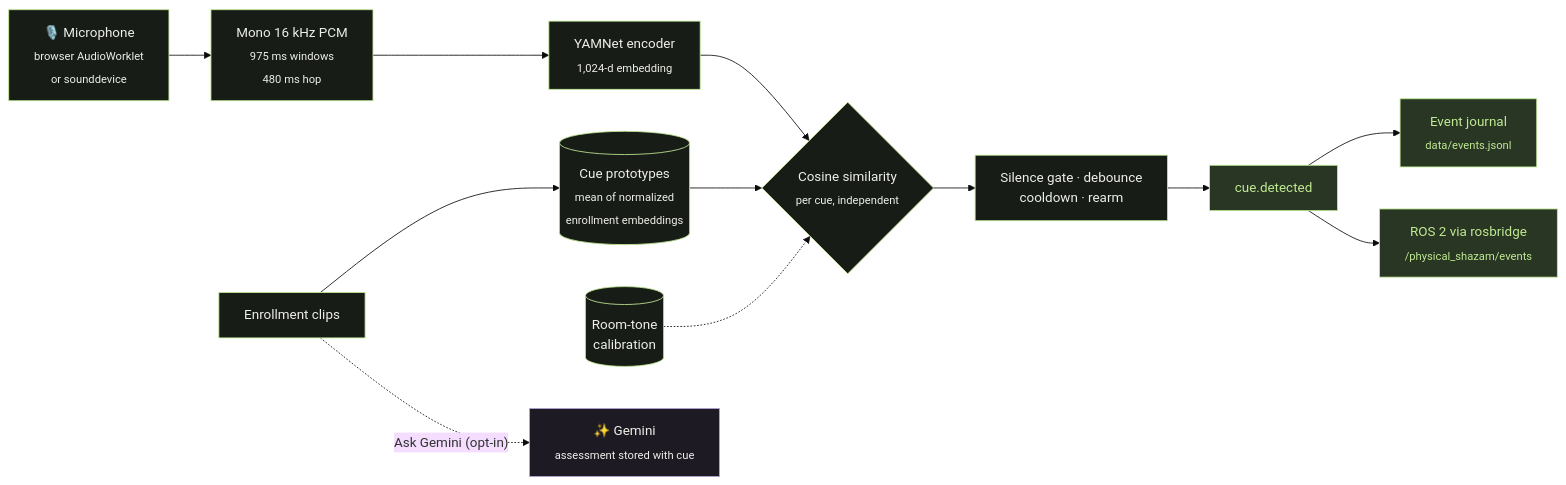
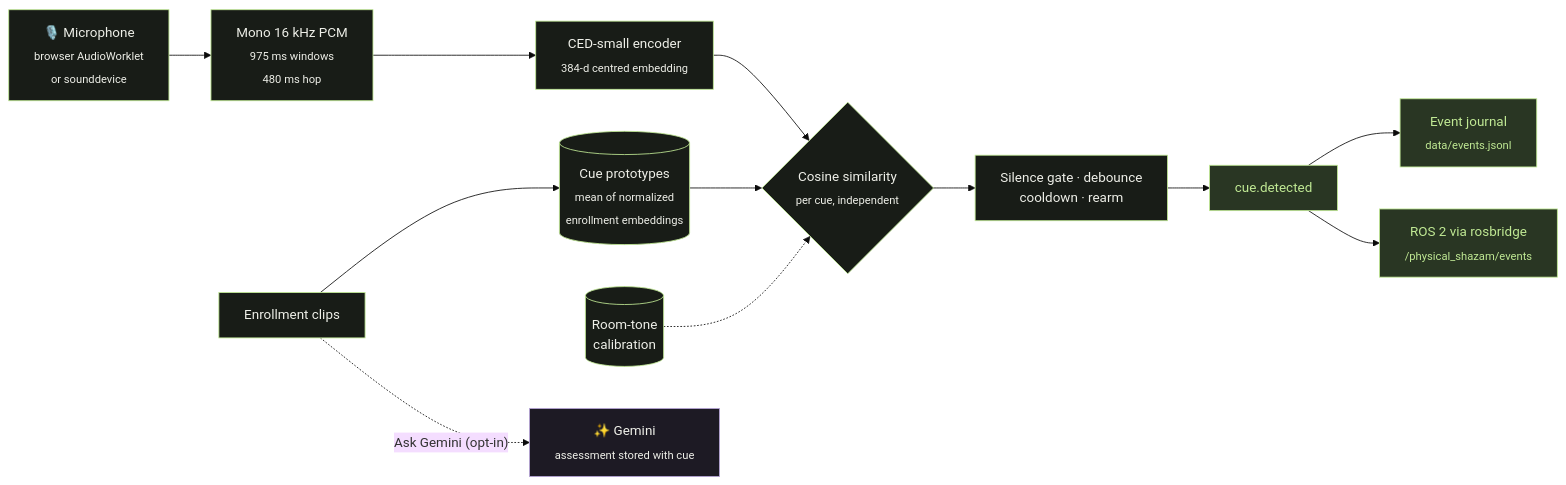
Before and after one commit to Fergus-MW/Physical-Shazam: the diagram in README.md, drawn with Mermaid (base theme). The commit also changed other lines of this file and 10 other files, not shown here.

Commit message:
feat(encoder): switch to CED-small with centred embeddings; re-embed saved cues on encoder change

````diff
--- a/README.md
+++ b/README.md
@@ -102,22 +102,22 @@
 ```mermaid
 flowchart LR
     MIC["🎙️ Microphone<br/><sub>browser AudioWorklet<br/>or sounddevice</sub>"] --> PCM["Mono 16 kHz PCM<br/><sub>975 ms windows<br/>480 ms hop</sub>"]
-    PCM --> YAM["YAMNet encoder<br/><sub>1,024-d embedding</sub>"]
+    PCM --> YAM["CED-small encoder<br/><sub>384-d centred embedding</sub>"]
     YAM --> SCORE{"Cosine similarity<br/><sub>per cue, independent</sub>"}
     PROTO[("Cue prototypes<br/><sub>mean of normalized<br/>enrollment embeddings</sub>")] --> SCORE
     BG[("Room-tone<br/>calibration")] -.-> SCORE
     SCORE --> GATE["Silence gate · debounce<br/>cooldown · rearm"]
     GATE --> EVT["cue.detected"]
     EVT --> JOURNAL["Event journal<br/><sub>data/events.jsonl</sub>"]
     EVT --> ROS["ROS 2 via rosbridge<br/><sub>/physical_shazam/events</sub>"]
 
     ENROLL["Enrollment clips"] --> PROTO
     ENROLL -.->|"Ask Gemini (opt-in)"| GEM["✨ Gemini<br/><sub>assessment stored with cue</sub>"]
 
     classDef local fill:#181c17,stroke:#c0e994,color:#eeefe8
     classDef cloud fill:#1d1a24,stroke:#b8a7da,color:#eeefe8
     classDef out fill:#293623,stroke:#c0e994,color:#c0e994
     class MIC,PCM,YAM,SCORE,PROTO,BG,GATE,ENROLL local
     class GEM cloud
     class EVT,JOURNAL,ROS out
 ```
````
